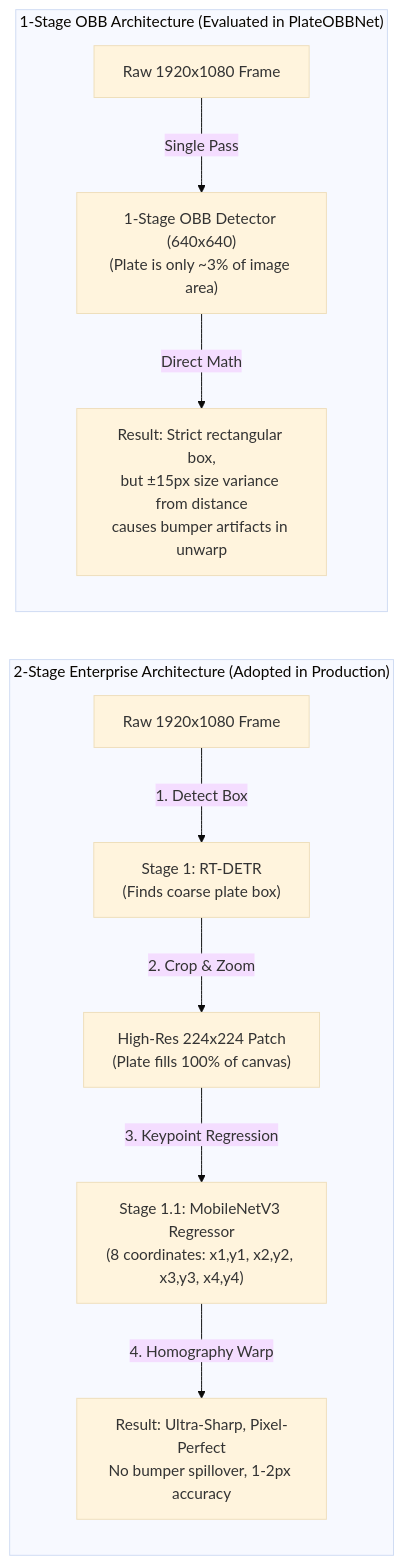
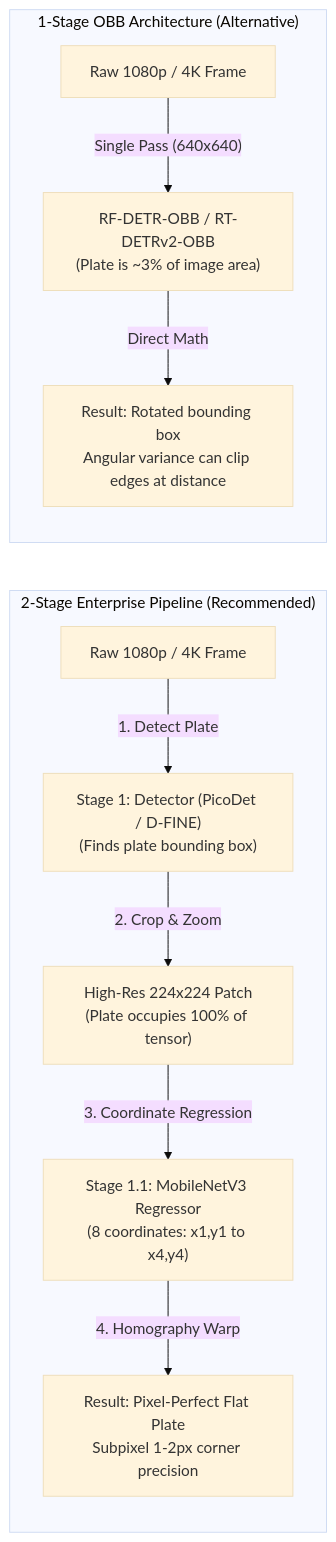
One commit to kwankhaosiva-repo/Thai-License-Plate-Recognition-API-old changed the second of 2 diagrams in README.md. Above: the diagram before and after it, drawn with Mermaid (base theme). The commit also changed other lines of this file and 1 other file, not shown here.

Commit message:
chore: update default model to D-FINE-Nano, enable CPU execution, and update documentation

````diff
--- a/README.md
+++ b/README.md
@@ -57,14 +74,14 @@
 ```mermaid
 flowchart LR
-    subgraph TWO_STAGE["2-Stage Enterprise Architecture (Adopted in Production)"]
-        A1["Raw 1920x1080 Frame"] -->|"1. Detect Box"| B1["Stage 1: RT-DETR\n(Finds coarse plate box)"]
-        B1 -->|"2. Crop & Zoom"| C1["High-Res 224x224 Patch\n(Plate fills 100% of canvas)"]
-        C1 -->|"3. Keypoint Regression"| D1["Stage 1.1: MobileNetV3 Regressor\n(8 coordinates: x1,y1, x2,y2, x3,y3, x4,y4)"]
-        D1 -->|"4. Homography Warp"| E1["Result: Ultra-Sharp, Pixel-Perfect\nNo bumper spillover, 1-2px accuracy"]
+    subgraph TWO_STAGE["2-Stage Enterprise Pipeline (Recommended)"]
+        A1["Raw 1080p / 4K Frame"] -->|"1. Detect Plate"| B1["Stage 1: Detector (PicoDet / D-FINE)\n(Finds plate bounding box)"]
+        B1 -->|"2. Crop & Zoom"| C1["High-Res 224x224 Patch\n(Plate occupies 100% of tensor)"]
+        C1 -->|"3. Coordinate Regression"| D1["Stage 1.1: MobileNetV3 Regressor\n(8 coordinates: x1,y1 to x4,y4)"]
+        D1 -->|"4. Homography Warp"| E1["Result: Pixel-Perfect Flat Plate\nSubpixel 1-2px corner precision"]
     end
 
-    subgraph ONE_STAGE["1-Stage OBB Architecture (Evaluated in PlateOBBNet)"]
-        A2["Raw 1920x1080 Frame"] -->|"Single Pass"| B2["1-Stage OBB Detector (640x640)\n(Plate is only ~3% of image area)"]
-        B2 -->|"Direct Math"| E2["Result: Strict rectangular box,\nbut ±15px size variance from distance\ncauses bumper artifacts in unwarp"]
+    subgraph ONE_STAGE["1-Stage OBB Architecture (Alternative)"]
+        A2["Raw 1080p / 4K Frame"] -->|"Single Pass (640x640)"| B2["RF-DETR-OBB / RT-DETRv2-OBB\n(Plate is ~3% of image area)"]
+        B2 -->|"Direct Math"| E2["Result: Rotated bounding box\nAngular variance can clip edges at distance"]
     end
 ```
````
